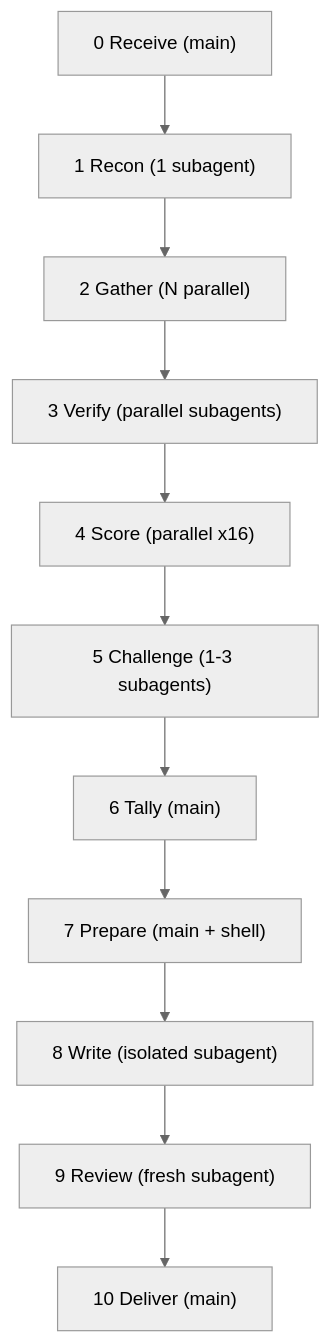
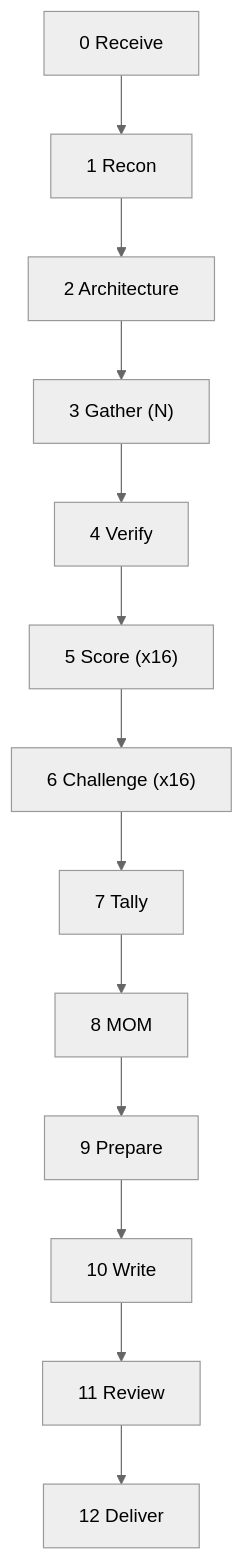
Before and after one commit to cppalliance/tools-public: the diagram in tools-wg21/cheat-finder.md, drawn with Mermaid (neutral theme). The commit also changed other lines of this file, not shown here.

````diff
--- a/tools-wg21/cheat-finder.md
+++ b/tools-wg21/cheat-finder.md
@@ -19,13 +19,15 @@
 ```mermaid
 flowchart TD
-    S0["0 Receive (main)"] --> S1["1 Recon (1 subagent)"]
-    S1 --> S2["2 Gather (N parallel)"]
-    S2 --> S3["3 Verify (parallel subagents)"]
-    S3 --> S4["4 Score (parallel x16)"]
-    S4 --> S5["5 Challenge (1-3 subagents)"]
-    S5 --> S6["6 Tally (main)"]
-    S6 --> S7["7 Prepare (main + shell)"]
-    S7 --> S8["8 Write (isolated subagent)"]
-    S8 --> S9["9 Review (fresh subagent)"]
-    S9 --> S10["10 Deliver (main)"]
+    S0["0 Receive"] --> S1["1 Recon"]
+    S1 --> S2["2 Architecture"]
+    S2 --> S3["3 Gather (N)"]
+    S3 --> S4["4 Verify"]
+    S4 --> S5["5 Score (x16)"]
+    S5 --> S6["6 Challenge (x16)"]
+    S6 --> S7["7 Tally"]
+    S7 --> S8["8 MOM"]
+    S8 --> S9["9 Prepare"]
+    S9 --> S10["10 Write"]
+    S10 --> S11["11 Review"]
+    S11 --> S12["12 Deliver"]
 ```
````
